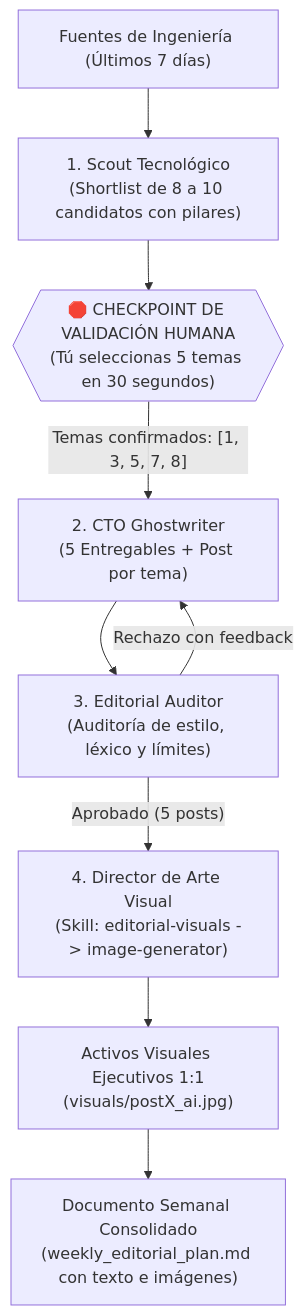
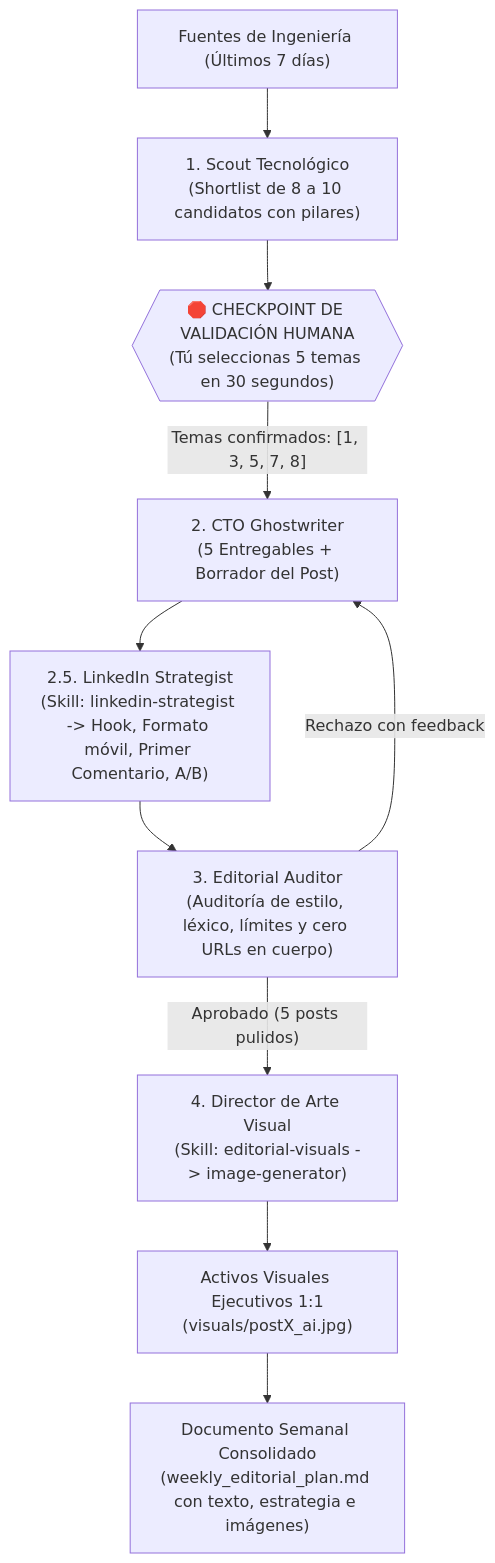
The diagram in README.md (juancarbajal/linkedin-ghostwriter), drawn with Mermaid before and after one commit. The commit also changed other lines of this file and 5 other files, not shown here.

Commit message:
linkedin strategist skill, work as a editor specialist in linkedin stategist

````diff
--- a/README.md
+++ b/README.md
@@ -32,11 +33,12 @@
 ```mermaid
 flowchart TD
     A["Fuentes de Ingeniería (Últimos 7 días)"] --> B["1. Scout Tecnológico\n(Shortlist de 8 a 10 candidatos con pilares)"]
     B --> C{{"🛑 CHECKPOINT DE VALIDACIÓN HUMANA\n(Tú seleccionas 5 temas en 30 segundos)"}}
-    C -- "Temas confirmados: [1, 3, 5, 7, 8]" --> D["2. CTO Ghostwriter\n(5 Entregables + Post por tema)"]
-    D --> E["3. Editorial Auditor\n(Auditoría de estilo, léxico y límites)"]
+    C -- "Temas confirmados: [1, 3, 5, 7, 8]" --> D["2. CTO Ghostwriter\n(5 Entregables + Borrador del Post)"]
+    D --> S["2.5. LinkedIn Strategist\n(Skill: linkedin-strategist -> Hook, Formato móvil, Primer Comentario, A/B)"]
+    S --> E["3. Editorial Auditor\n(Auditoría de estilo, léxico, límites y cero URLs en cuerpo)"]
     E -- "Rechazo con feedback" --> D
-    E -- "Aprobado (5 posts)" --> F["4. Director de Arte Visual\n(Skill: editorial-visuals -> image-generator)"]
+    E -- "Aprobado (5 posts pulidos)" --> F["4. Director de Arte Visual\n(Skill: editorial-visuals -> image-generator)"]
     F --> G["Activos Visuales Ejecutivos 1:1\n(visuals/postX_ai.jpg)"]
-    G --> H["Documento Semanal Consolidado\n(weekly_editorial_plan.md con texto e imágenes)"]
+    G --> H["Documento Semanal Consolidado\n(weekly_editorial_plan.md con texto, estrategia e imágenes)"]
 ```
````
